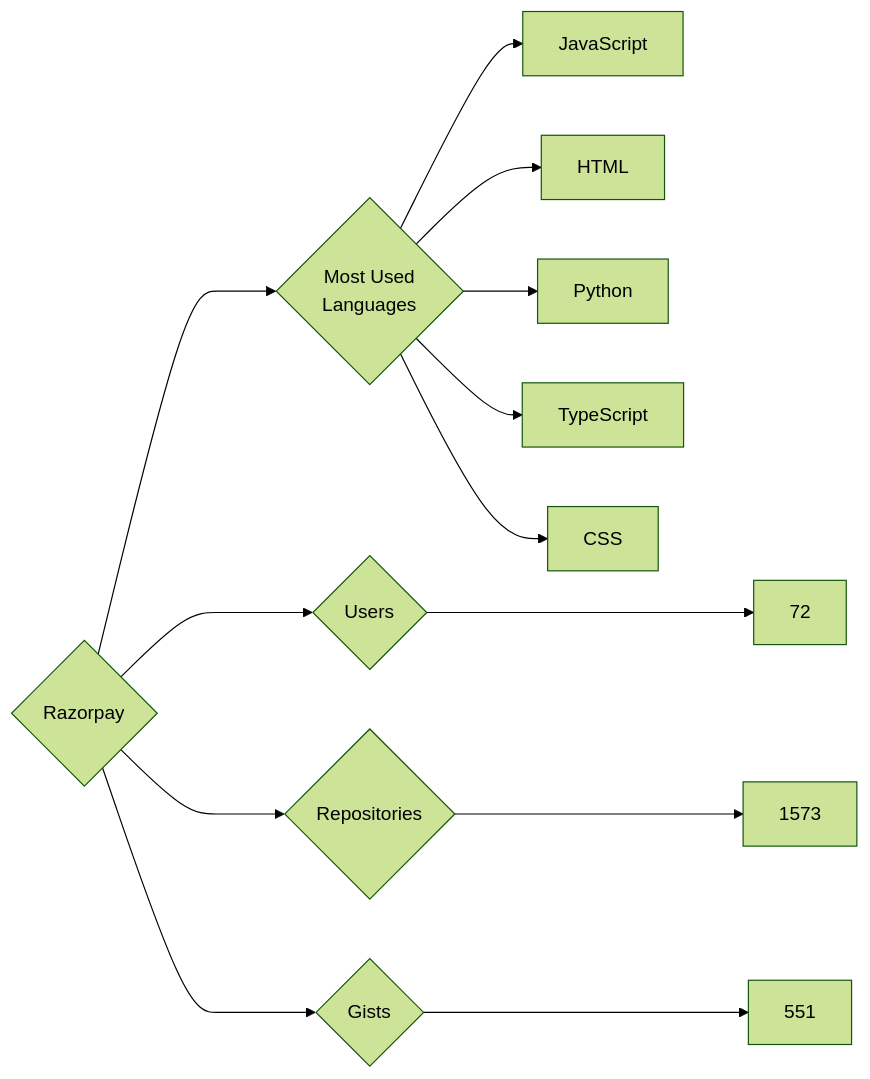
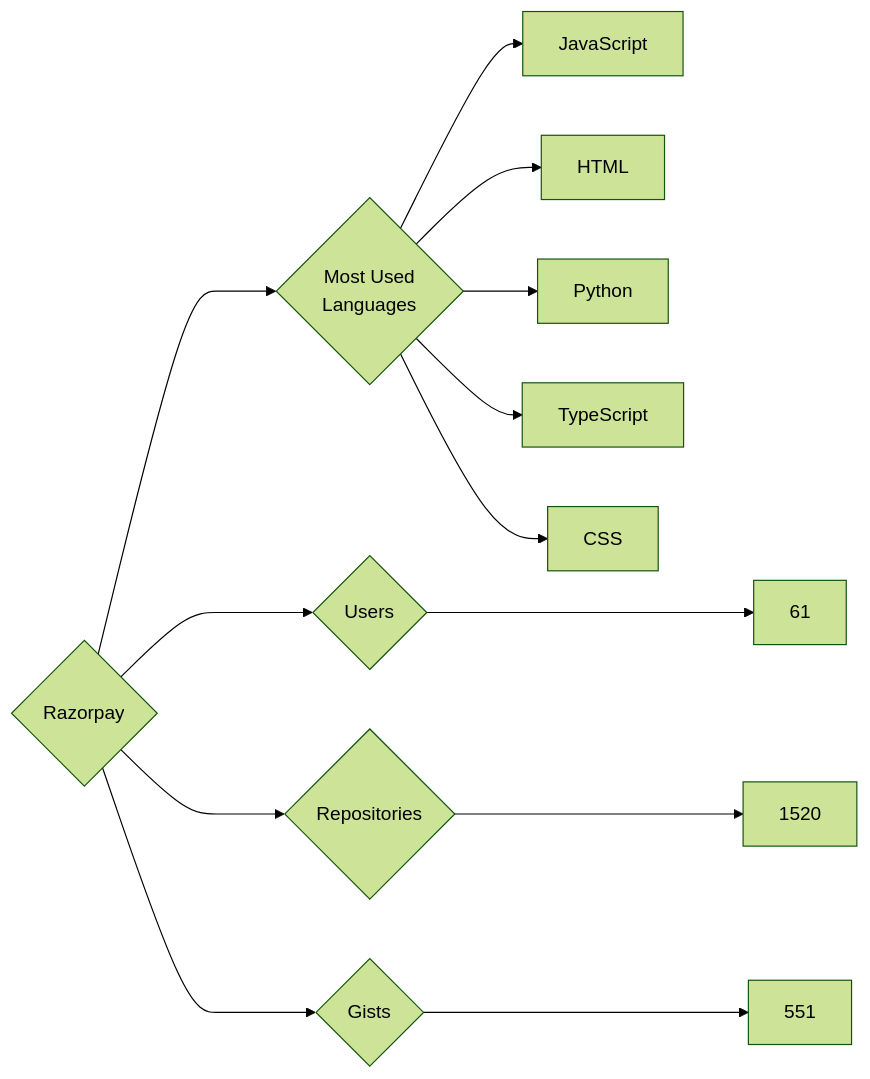
Before and after one commit to trickest/insiders: the diagram in targets/Razorpay/README.md, drawn with Mermaid (forest theme). The commit also changed 681 other files, not shown here.

````diff
--- a/targets/Razorpay/README.md
+++ b/targets/Razorpay/README.md
@@ -3,13 +3,13 @@
 ```mermaid
 graph LR
 COMPANY_NAME{Razorpay}
-COMPANY_NAME ---> U{Users} ---> UN[72]
-COMPANY_NAME ---> R{Repositories} ---> RN[1573]
+COMPANY_NAME ---> U{Users} ---> UN[61]
+COMPANY_NAME ---> R{Repositories} ---> RN[1520]
 COMPANY_NAME ---> G{Gists} ---> GN[551]
 COMPANY_NAME ---> ML{Most Used<br>Languages}
 ML --> JavaScript[JavaScript]
 ML --> HTML[HTML]
 ML --> Python[Python]
 ML --> TypeScript[TypeScript]
 ML --> CSS[CSS]
 ```
````
